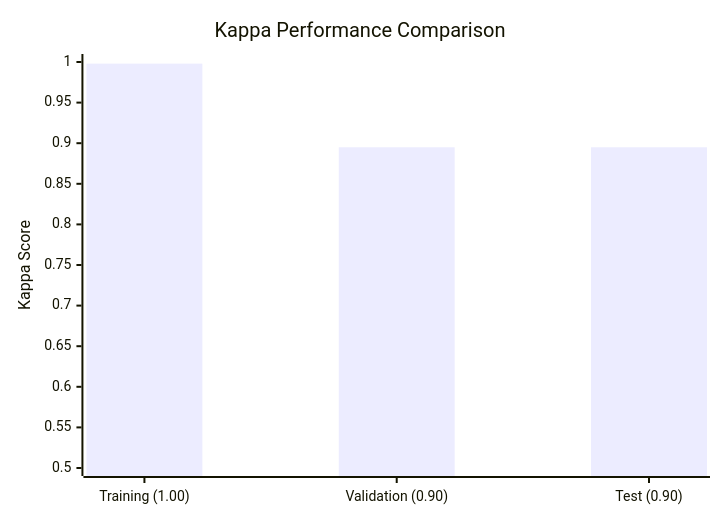
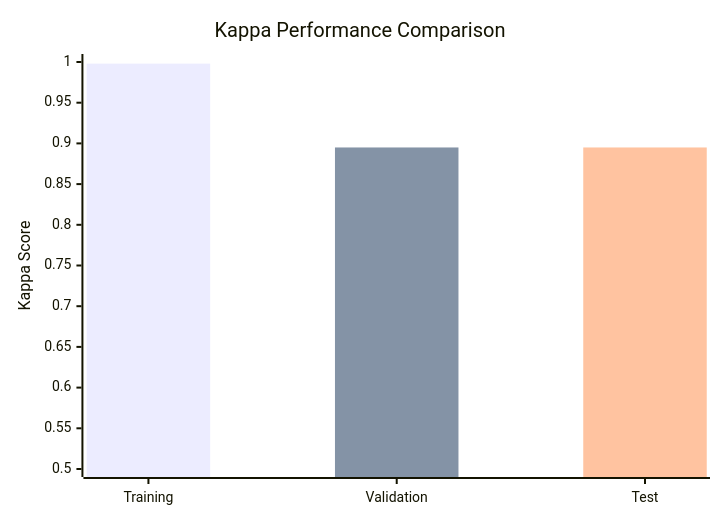
Before and after one commit to Daniel-Lachner-Piza/EEG_Characterizer_HFO: the second of 5 diagrams in README.md, drawn with Mermaid. The commit also changed other lines of this file, not shown here.

````diff
--- a/README.md
+++ b/README.md
@@ -51,7 +53,9 @@
 ```mermaid
 xychart-beta
     title "Kappa Performance Comparison"
-    x-axis ["Training (1.00)", "Validation (0.90)", "Test (0.90)"]
+    x-axis [Training, Validation, Test]
     y-axis "Kappa Score" 0.5 --> 1.0
-    bar [0.998, 0.895, 0.895]
+    bar "Training (1.00)" [0.998, 0, 0]
+    bar "Validation (0.90)" [0, 0.895, 0]
+    bar "Test (0.90)" [0, 0, 0.895]
 ```
````
